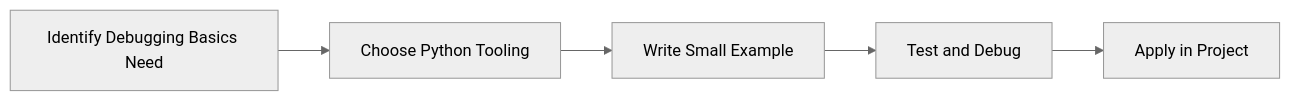
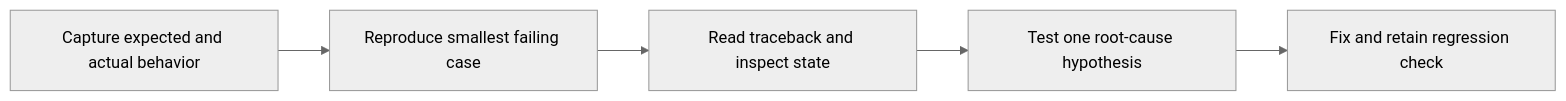
Before and after one commit to SYMOIZ/E-Learning-Portal: the diagram in Python-Mastery/Beginner/33-debugging-basics.md, drawn with Mermaid (neutral theme). The commit also changed other lines of this file and 116 other files, not shown here.

````diff
--- a/Python-Mastery/Beginner/33-debugging-basics.md
+++ b/Python-Mastery/Beginner/33-debugging-basics.md
@@ -129,7 +147,12 @@
 ```mermaid
 flowchart LR
-    A[Identify Debugging Basics Need] --> B[Choose Python Tooling]
-    B --> C[Write Small Example]
-    C --> D[Test and Debug]
-    D --> E[Apply in Project]
+    A[Capture expected and actual behavior]
+    B[Reproduce smallest failing case]
+    C[Read traceback and inspect state]
+    D[Test one root-cause hypothesis]
+    E[Fix and retain regression check]
+    A --> B
+    B --> C
+    C --> D
+    D --> E
 ```
````
